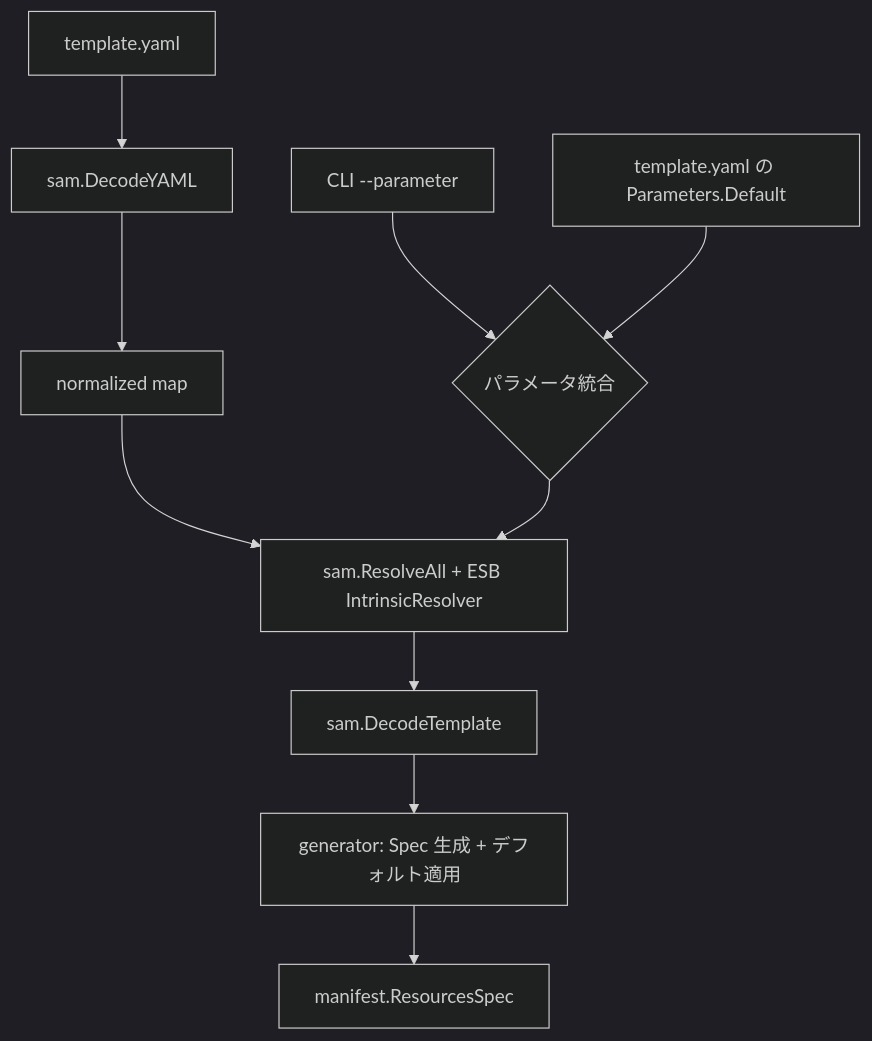
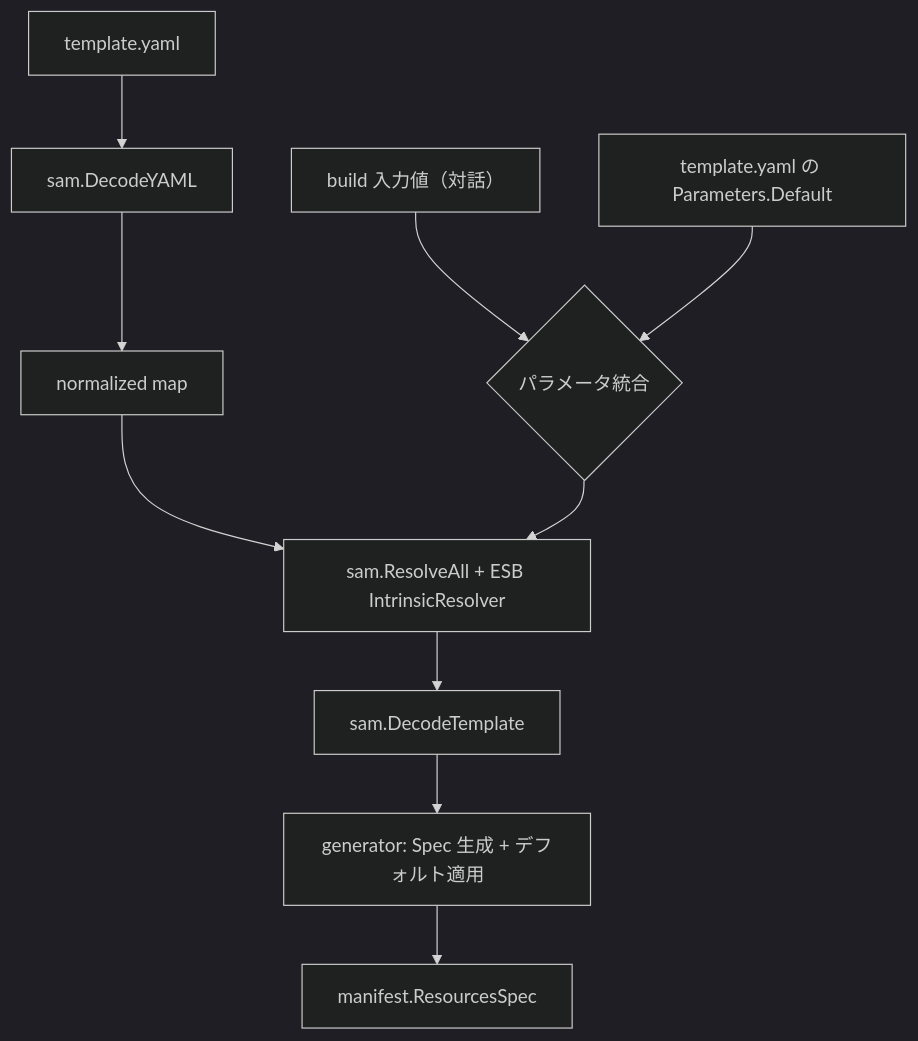
Before and after one commit to poruru-code/esb-cli: the diagram in docs/sam-parsing-architecture.md, drawn with Mermaid (dark theme). The commit also changed other lines of this file and 85 other files, not shown here.

````diff
--- a/docs/sam-parsing-architecture.md
+++ b/docs/sam-parsing-architecture.md
@@ -26,13 +26,13 @@
 ```mermaid
 graph TD
     A[template.yaml] --> B[sam.DecodeYAML]
     B --> C[normalized map]
     C --> D[sam.ResolveAll + ESB IntrinsicResolver]
     D --> E[sam.DecodeTemplate]
     E --> F[generator: Spec 生成 + デフォルト適用]
     F --> G[manifest.ResourcesSpec]
 
-    P1[CLI --parameter] --> P_MERGE{パラメータ統合}
+    P1[build 入力値（対話）] --> P_MERGE{パラメータ統合}
     P2[template.yaml の Parameters.Default] --> P_MERGE
     P_MERGE --> D
 ```
````
